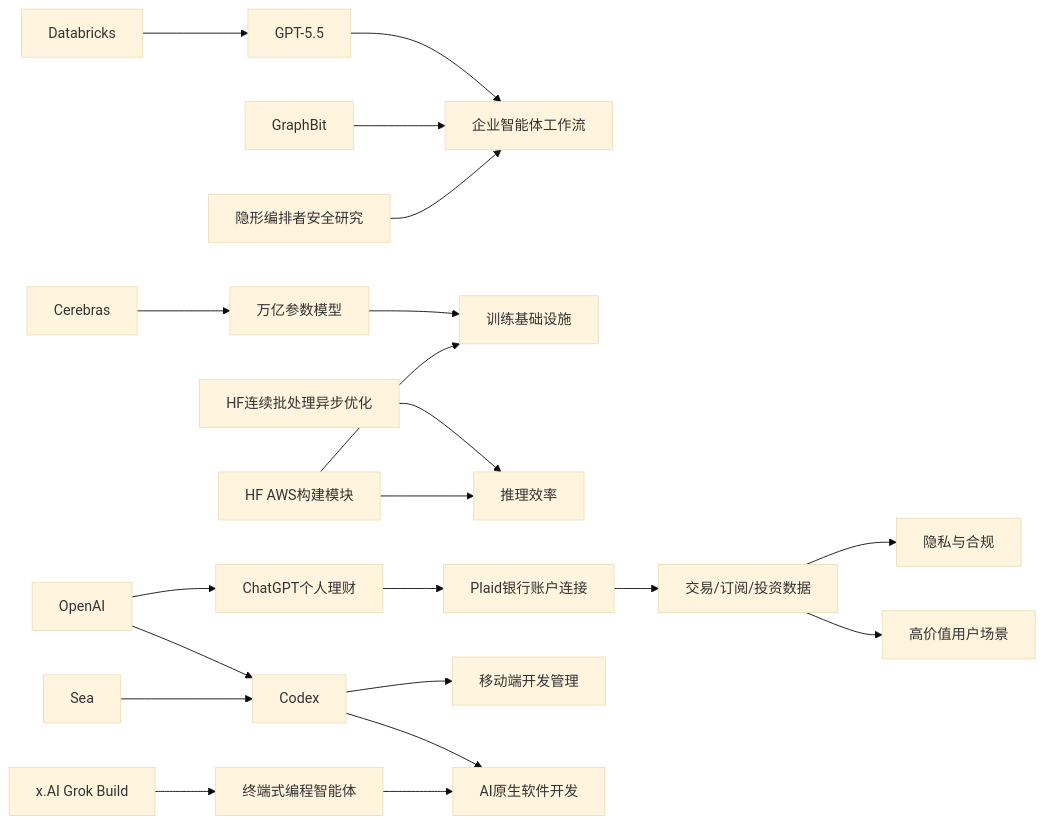
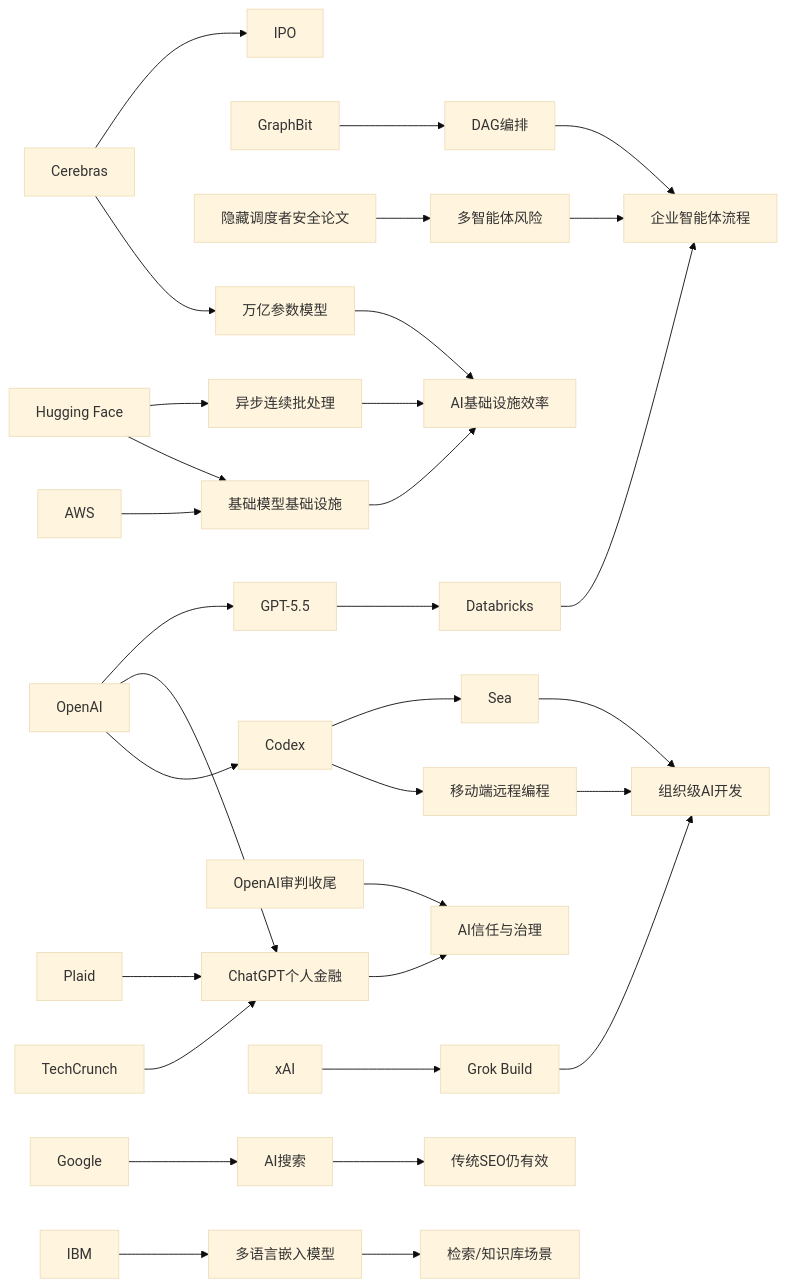
Before and after one commit to zhuxinfei/ai-daily-site: the diagram in content/cn/2026/2026-05/2026-05-16.md, drawn with Mermaid (base theme). The commit also changed other lines of this file, not shown here.

````diff
--- a/content/cn/2026/2026-05/2026-05-16.md
+++ b/content/cn/2026/2026-05/2026-05-16.md
@@ -110,26 +110,40 @@
 ```mermaid
 graph LR
-    A[Databricks] --> B[GPT-5.5]
-    B --> C[企业智能体工作流]
-    D[GraphBit] --> C
-    E[隐形编排者安全研究] --> C
+    OpenAI --> GPT55[GPT-5.5]
+    GPT55 --> Databricks
+    Databricks --> EnterpriseAgent[企业智能体流程]
 
-    F[Cerebras] --> G[万亿参数模型]
-    G --> H[训练基础设施]
-    I[HF连续批处理异步优化] --> J[推理效率]
-    K[HF AWS构建模块] --> H
-    K --> J
+    GraphBit --> DAG[DAG编排]
+    DAG --> EnterpriseAgent
+    SafetyPaper[隐藏调度者安全论文] --> MultiAgent[多智能体风险]
+    MultiAgent --> EnterpriseAgent
 
-    L[OpenAI] --> M[ChatGPT个人理财]
-    M --> N[Plaid银行账户连接]
-    N --> O[交易/订阅/投资数据]
-    O --> P[隐私与合规]
-    O --> Q[高价值用户场景]
+    Cerebras --> IPO
+    Cerebras --> TrillionModel[万亿参数模型]
+    HF[Hugging Face] --> AsyncBatch[异步连续批处理]
+    AWS --> FMStack[基础模型基础设施]
+    HF --> FMStack
+    AsyncBatch --> AIInfra[AI基础设施效率]
+    TrillionModel --> AIInfra
+    FMStack --> AIInfra
 
-    L --> R[Codex]
-    R --> S[移动端开发管理]
-    T[Sea] --> R
-    U[x.AI Grok Build] --> V[终端式编程智能体]
-    R --> W[AI原生软件开发]
-    V --> W
+    OpenAI --> ChatGPTFinance[ChatGPT个人金融]
+    Plaid --> ChatGPTFinance
+    TC[TechCrunch] --> ChatGPTFinance
+    Trial[OpenAI审判收尾] --> Trust[AI信任与治理]
+    ChatGPTFinance --> Trust
+
+    OpenAI --> Codex
+    Codex --> Sea
+    Codex --> Mobile[移动端远程编程]
+    xAI --> GrokBuild[Grok Build]
+    Sea --> AIDev[组织级AI开发]
+    Mobile --> AIDev
+    GrokBuild --> AIDev
+
+    Google --> AISearch[AI搜索]
+    AISearch --> SEO[传统SEO仍有效]
+
+    IBM --> Granite[多语言嵌入模型]
+    Granite --> RAG[检索/知识库场景]
 ```
````
